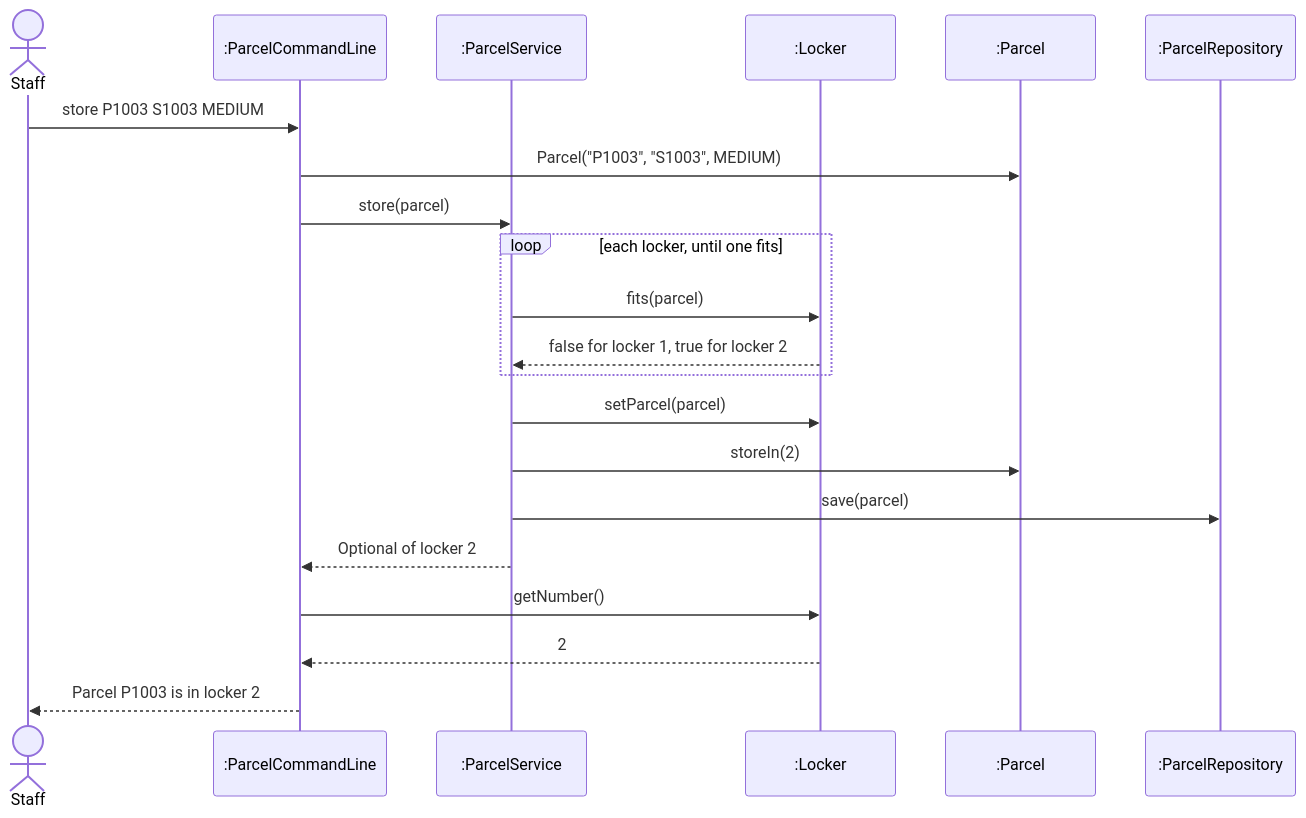
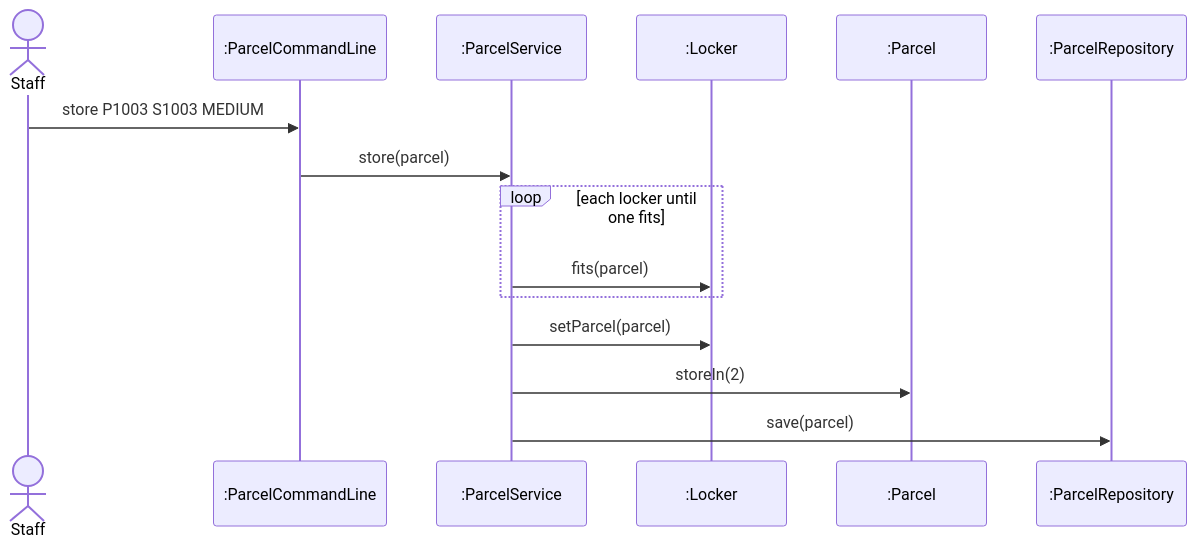
Before and after one commit to JirathiwatSun/itcs382-h2-lab: the third of 3 diagrams in LAB_REPORT.md, drawn with Mermaid. The commit also changed other lines of this file, not shown here.

Commit message:
Put Part A diagrams in the lab sheet form

````diff
--- a/LAB_REPORT.md
+++ b/LAB_REPORT.md
@@ -163,23 +141,17 @@
 ```mermaid
 sequenceDiagram
     actor Staff
     participant cli as :ParcelCommandLine
     participant service as :ParcelService
     participant locker as :Locker
     participant parcel as :Parcel
     participant repository as :ParcelRepository
     Staff->>cli: store P1003 S1003 MEDIUM
-    cli->>parcel: Parcel("P1003", "S1003", MEDIUM)
     cli->>service: store(parcel)
-    loop each locker, until one fits
+    loop each locker until one fits
         service->>locker: fits(parcel)
-        locker-->>service: false for locker 1, true for locker 2
     end
     service->>locker: setParcel(parcel)
     service->>parcel: storeIn(2)
     service->>repository: save(parcel)
-    service-->>cli: Optional of locker 2
-    cli->>locker: getNumber()
-    locker-->>cli: 2
-    cli-->>Staff: Parcel P1003 is in locker 2
 ```
````
